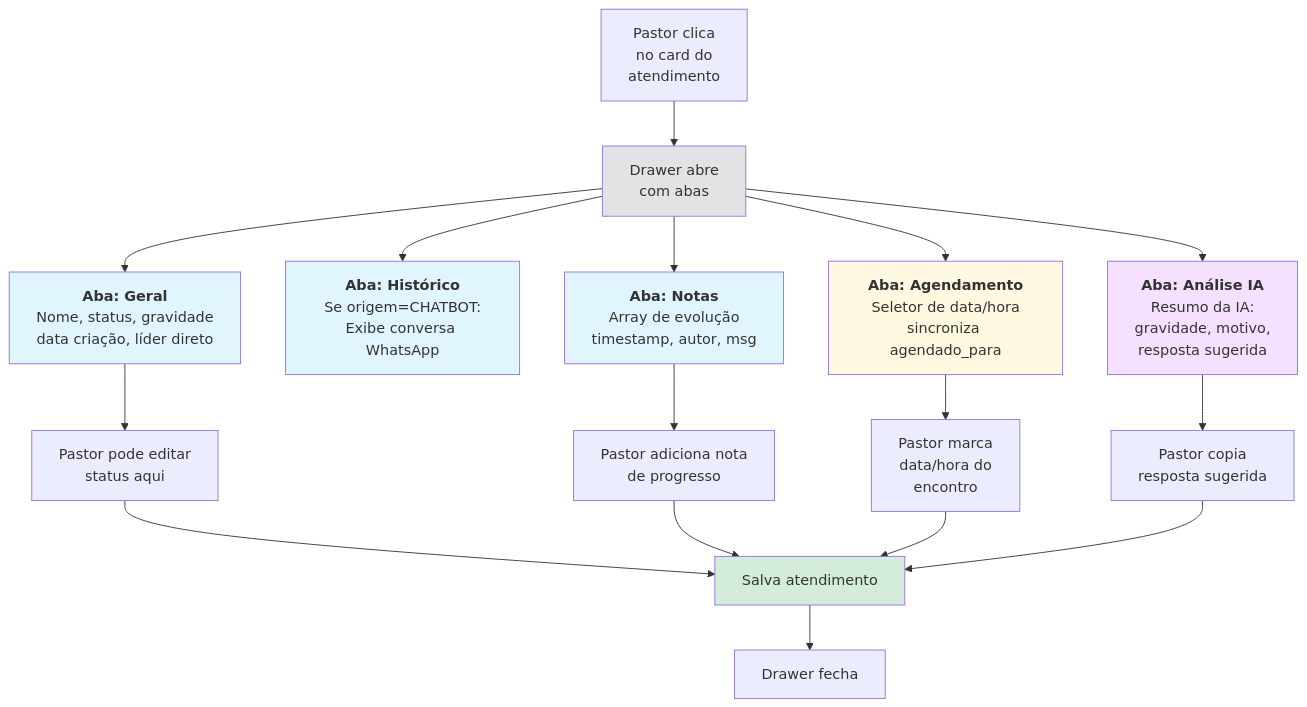
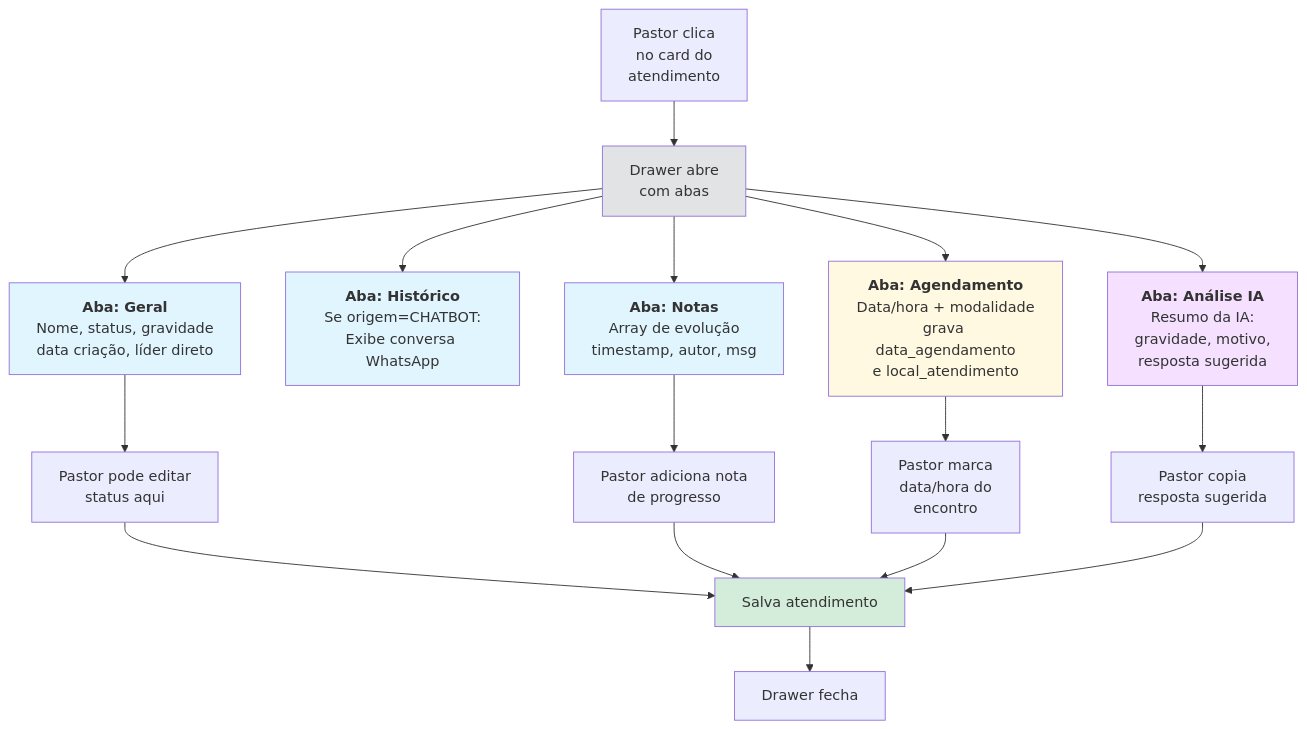
The third of 6 diagrams in docs/diagramas/fluxo-gabinete-pastoral.md (adrianoapc/igreja-carvalho), drawn with Mermaid before and after one commit. The commit also changed other lines of this file and 4 other files, not shown here.

````diff
--- a/docs/diagramas/fluxo-gabinete-pastoral.md
+++ b/docs/diagramas/fluxo-gabinete-pastoral.md
@@ -85,32 +85,32 @@
 ```mermaid
 flowchart TD
     OpenCard["Pastor clica<br/>no card do<br/>atendimento"]
     
     OpenCard --> DrawerOpen["Drawer abre<br/>com abas"]
     
     DrawerOpen --> Aba1["<b>Aba: Geral</b><br/>Nome, status, gravidade<br/>data criação, líder direto"]
     DrawerOpen --> Aba2["<b>Aba: Histórico</b><br/>Se origem=CHATBOT:<br/>Exibe conversa WhatsApp"]
     DrawerOpen --> Aba3["<b>Aba: Notas</b><br/>Array de evolução<br/>timestamp, autor, msg"]
-    DrawerOpen --> Aba4["<b>Aba: Agendamento</b><br/>Seletor de data/hora<br/>sincroniza agendado_para"]
+    DrawerOpen --> Aba4["<b>Aba: Agendamento</b><br/>Data/hora + modalidade<br/>grava data_agendamento<br/>e local_atendimento"]
     DrawerOpen --> Aba5["<b>Aba: Análise IA</b><br/>Resumo da IA:<br/>gravidade, motivo,<br/>resposta sugerida"]
     
     Aba1 --> Action1["Pastor pode editar<br/>status aqui"]
     Aba3 --> Action2["Pastor adiciona nota<br/>de progresso"]
     Aba4 --> Action3["Pastor marca<br/>data/hora do<br/>encontro"]
     Aba5 --> Action4["Pastor copia<br/>resposta sugerida"]
     
     Action1 --> Save["Salva atendimento"]
     Action2 --> Save
     Action3 --> Save
     Action4 --> Save
     
     Save --> Close["Drawer fecha"]
     
     style DrawerOpen fill:#e2e3e5
     style Aba1 fill:#e1f5ff
     style Aba2 fill:#e1f5ff
     style Aba3 fill:#e1f5ff
     style Aba4 fill:#fff9e1
     style Aba5 fill:#f5e1ff
     style Save fill:#d4edda
 ```
````
